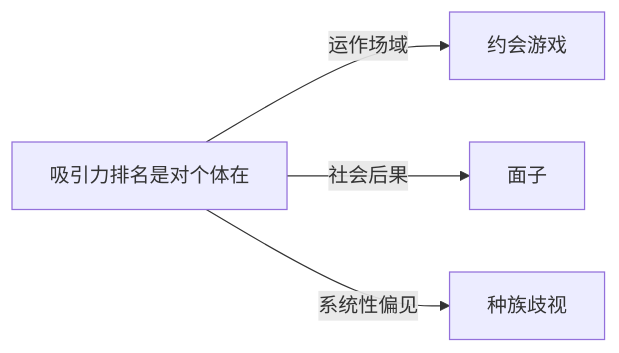
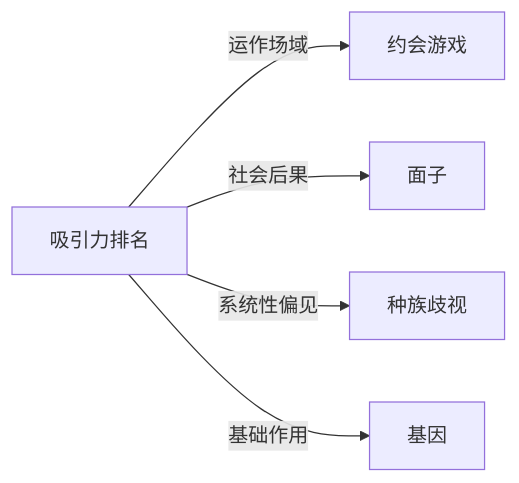
One commit to KIMMCHOW/MyKnowledge changed the diagram in Knowledge/Concepts/社会学/吸引力排名.md. Above: the diagram before and after it, drawn with Mermaid. The commit also changed 96 other files, not shown here.

Commit message:
fix: 修复概念页关系图节点并补齐缺失关联

````diff
--- a/Knowledge/Concepts/社会学/吸引力排名.md
+++ b/Knowledge/Concepts/社会学/吸引力排名.md
@@ -44,6 +44,7 @@
 ```mermaid
 graph LR
-    吸引力排名是对个体在 -->|运作场域| 约会游戏
-    吸引力排名是对个体在 -->|社会后果| 面子
-    吸引力排名是对个体在 -->|系统性偏见| 种族歧视
+吸引力排名 -->|运作场域| 约会游戏
+吸引力排名 -->|社会后果| 面子
+吸引力排名 -->|系统性偏见| 种族歧视
+吸引力排名 -->|基础作用| 基因
 ```
````
